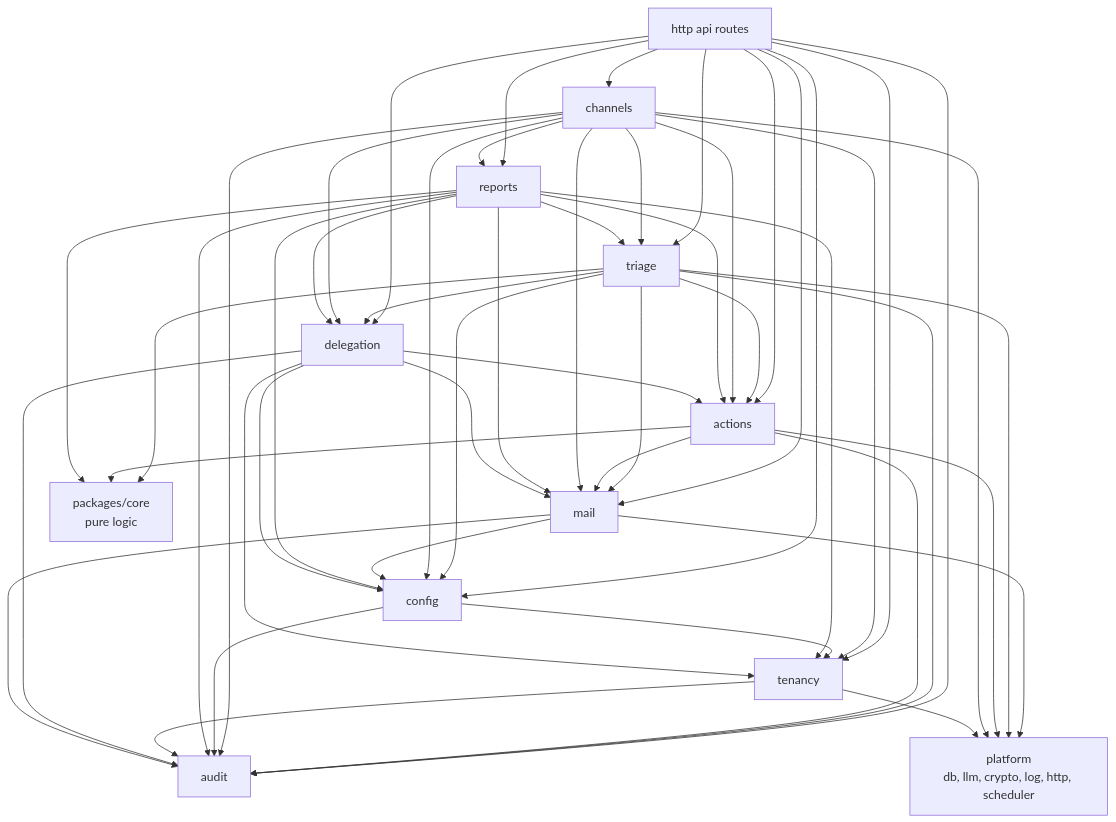
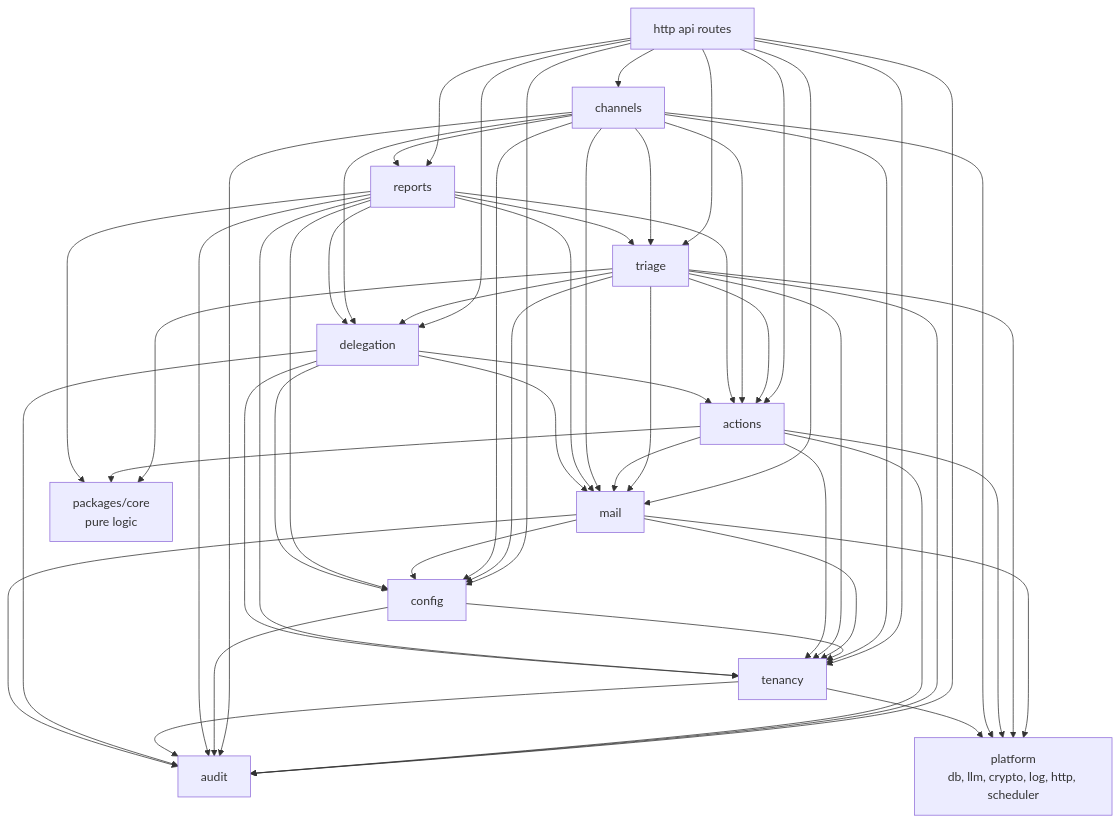
One commit to Artexs/email_assistant changed the second of 2 diagrams in docs/modules.md. Above: the diagram before and after it, drawn with Mermaid. The commit also changed other lines of this file and 4 other files, not shown here.

````diff
--- a/docs/modules.md
+++ b/docs/modules.md
@@ -73,54 +73,57 @@
 ```mermaid
 graph TD
     api[http api routes] --> tenancy
     api --> mail
     api --> config
     api --> actions
     api --> audit
     api --> reports
     api --> triage
     api --> channels
     api --> delegation
     triage --> config
     triage --> mail
     triage --> core
     triage --> delegation
     triage --> actions
     triage --> audit
     actions --> mail
     actions --> audit
     actions --> core
     channels --> actions
     channels --> delegation
     channels --> reports
     channels --> triage
     channels --> tenancy
     channels --> mail
     channels --> config
     channels --> audit
     config --> tenancy
     config --> audit
     mail --> config
+    mail --> tenancy
+    triage --> tenancy
+    actions --> tenancy
     reports --> tenancy
     reports --> actions
     reports --> triage
     reports --> delegation
     reports --> audit
     reports --> mail
     reports --> config
     reports --> core
     tenancy --> audit
     delegation --> actions
     delegation --> mail
     delegation --> config
     delegation --> tenancy
     delegation --> audit
     mail --> audit
     mail --> platform
     triage --> platform
     actions --> platform
     channels --> platform
     tenancy --> platform
     core[packages/core<br/>pure logic]
     platform[platform<br/>db, llm, crypto, log, http, scheduler]
 ```
````
